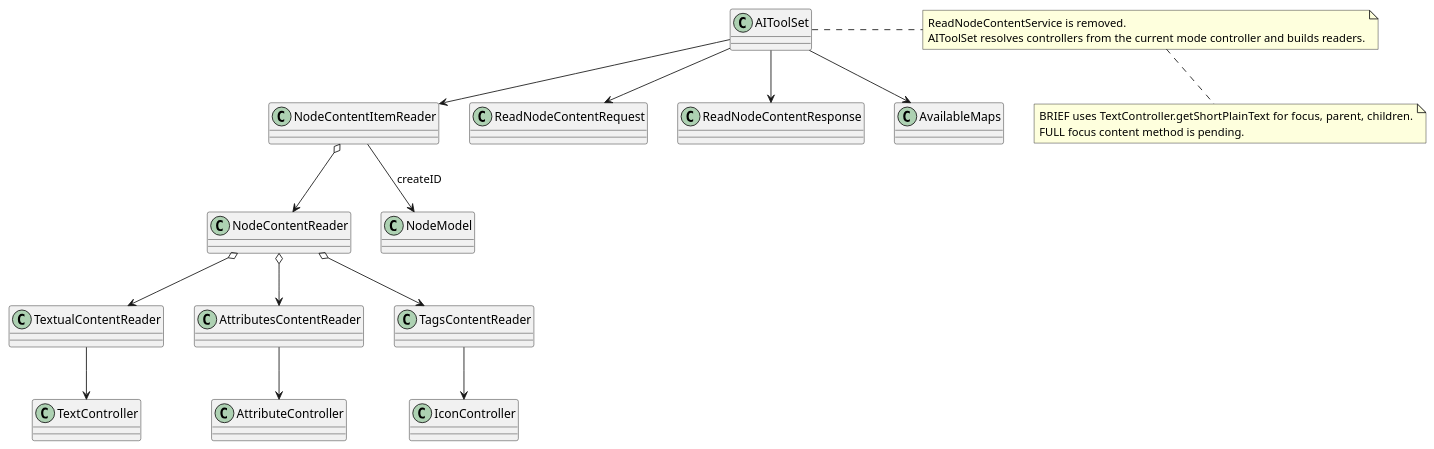
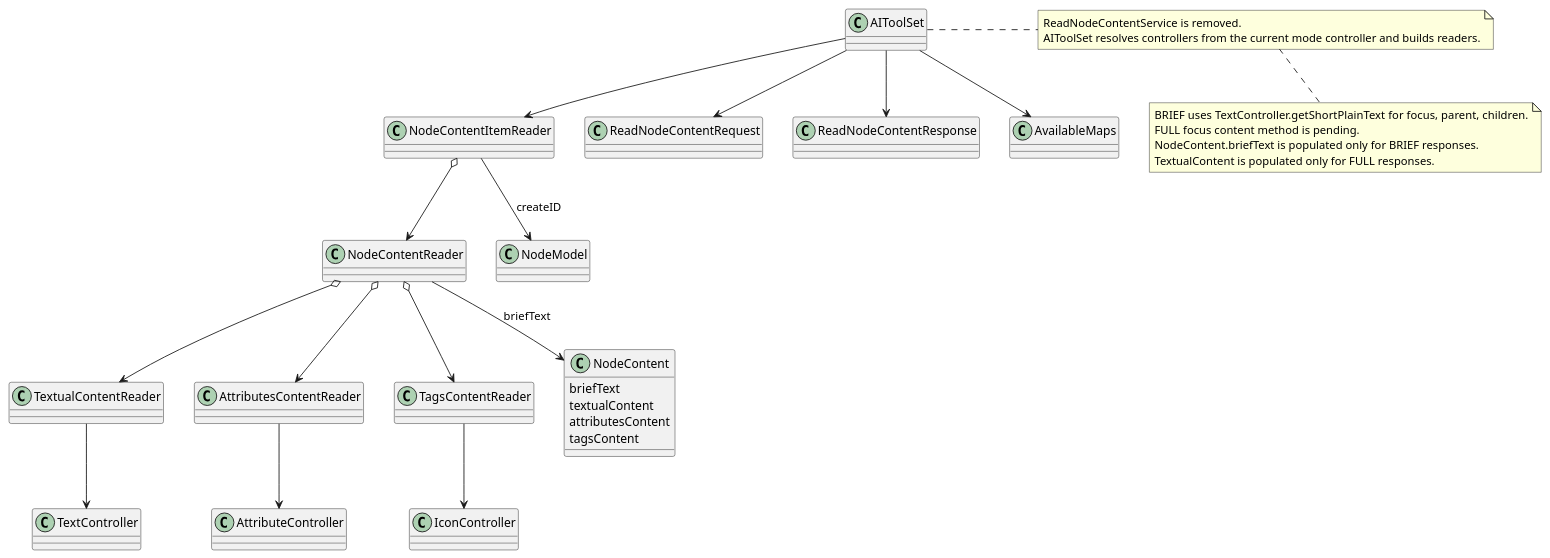
One commit to guoranjun2/nexordia changed the sixth of 11 diagrams in freeplane_plugin_ai/specs/sprints/sprint-001.md. Above: the diagram before and after it, drawn with PlantUML. The commit also changed other lines of this file and 6 other files, not shown here.

Commit message:
save brief text as separate field

````diff
--- a/freeplane_plugin_ai/specs/sprints/sprint-001.md
+++ b/freeplane_plugin_ai/specs/sprints/sprint-001.md
@@ -98,40 +102,49 @@
 ```plantuml
 @startuml
 class TextualContentReader
 class AttributesContentReader
 class TagsContentReader
 class NodeContentReader
 class NodeContentItemReader
 class ReadNodeContentRequest
 class ReadNodeContentResponse
 class AIToolSet
 class AvailableMaps
 class NodeModel
 class TextController
 class AttributeController
 class IconController
+class NodeContent {
+briefText
+textualContent
+attributesContent
+tagsContent
+}
 
 TextualContentReader --> TextController
 AttributesContentReader --> AttributeController
 TagsContentReader --> IconController
 NodeContentReader o--> TextualContentReader
 NodeContentReader o--> AttributesContentReader
 NodeContentReader o--> TagsContentReader
+NodeContentReader --> NodeContent : briefText
 NodeContentItemReader o--> NodeContentReader
 NodeContentItemReader --> NodeModel : createID
 AIToolSet --> NodeContentItemReader
 AIToolSet --> AvailableMaps
 AIToolSet --> ReadNodeContentRequest
 AIToolSet --> ReadNodeContentResponse
 
 note right of AIToolSet
 ReadNodeContentService is removed.
 AIToolSet resolves controllers from the current mode controller and builds readers.
 end note
 
 note bottom
 BRIEF uses TextController.getShortPlainText for focus, parent, children.
 FULL focus content method is pending.
+NodeContent.briefText is populated only for BRIEF responses.
+TextualContent is populated only for FULL responses.
 end note
 @enduml
 ```
````
